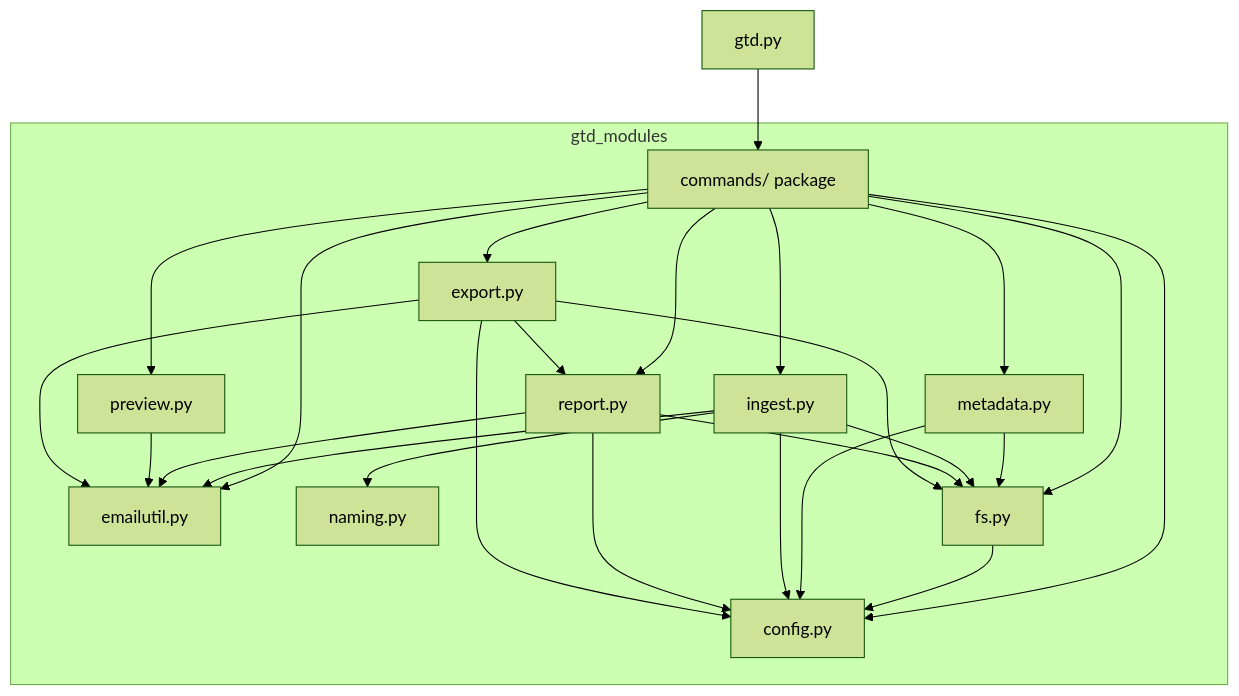
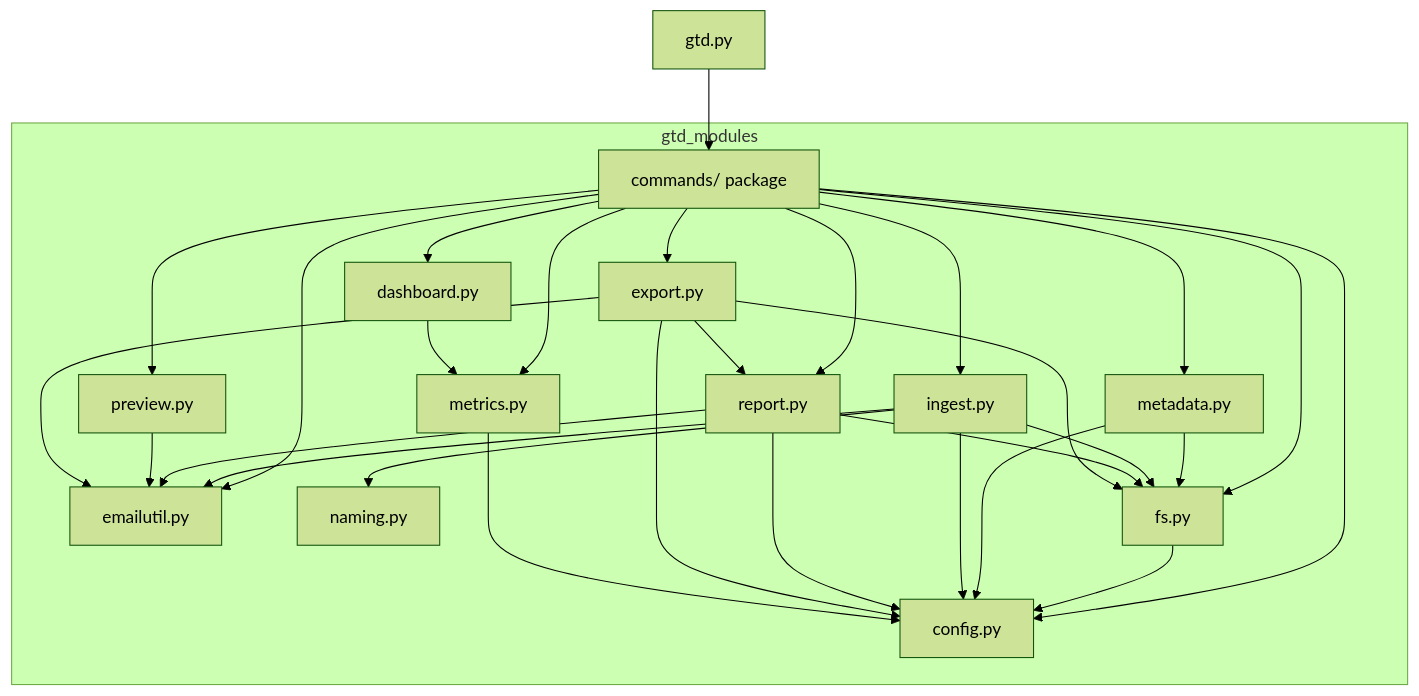
One commit to qdvc-apps/qdvc-gtd-eml changed the diagram in commandline/MAINTENANCE.md. Above: the diagram before and after it, drawn with Mermaid (forest theme). The commit also changed other lines of this file and 12 other files, not shown here.

````diff
--- a/commandline/MAINTENANCE.md
+++ b/commandline/MAINTENANCE.md
@@ -122,50 +129,57 @@
 ```mermaid
 graph TD
     gtd[gtd.py]
 
     subgraph gtd_modules
         commands[commands/ package]
         config[config.py]
         emailutil[emailutil.py]
         naming[naming.py]
         fs[fs.py]
         metadata[metadata.py]
         ingest[ingest.py]
         report[report.py]
         export[export.py]
+        metrics[metrics.py]
+        dashboard[dashboard.py]
         preview[preview.py]
     end
 
     %% entry point dispatches into the command hub
     gtd --> commands
 
     %% command modules pull in the feature modules they need
     commands --> config
     commands --> fs
     commands --> emailutil
     commands --> ingest
     commands --> metadata
     commands --> preview
     commands --> report
     commands --> export
+    commands --> metrics
+    commands --> dashboard
 
     %% internal package edges
     fs --> config
     metadata --> config
     metadata --> fs
     ingest --> config
     ingest --> emailutil
     ingest --> fs
     ingest --> naming
     report --> config
     report --> emailutil
     report --> fs
     preview --> emailutil
 
     export --> config
     export --> emailutil
     export --> fs
     export --> report
 
+    metrics --> config
+    dashboard --> metrics
+
     %% leaf modules (no internal imports): config, emailutil, naming
 ```
````
